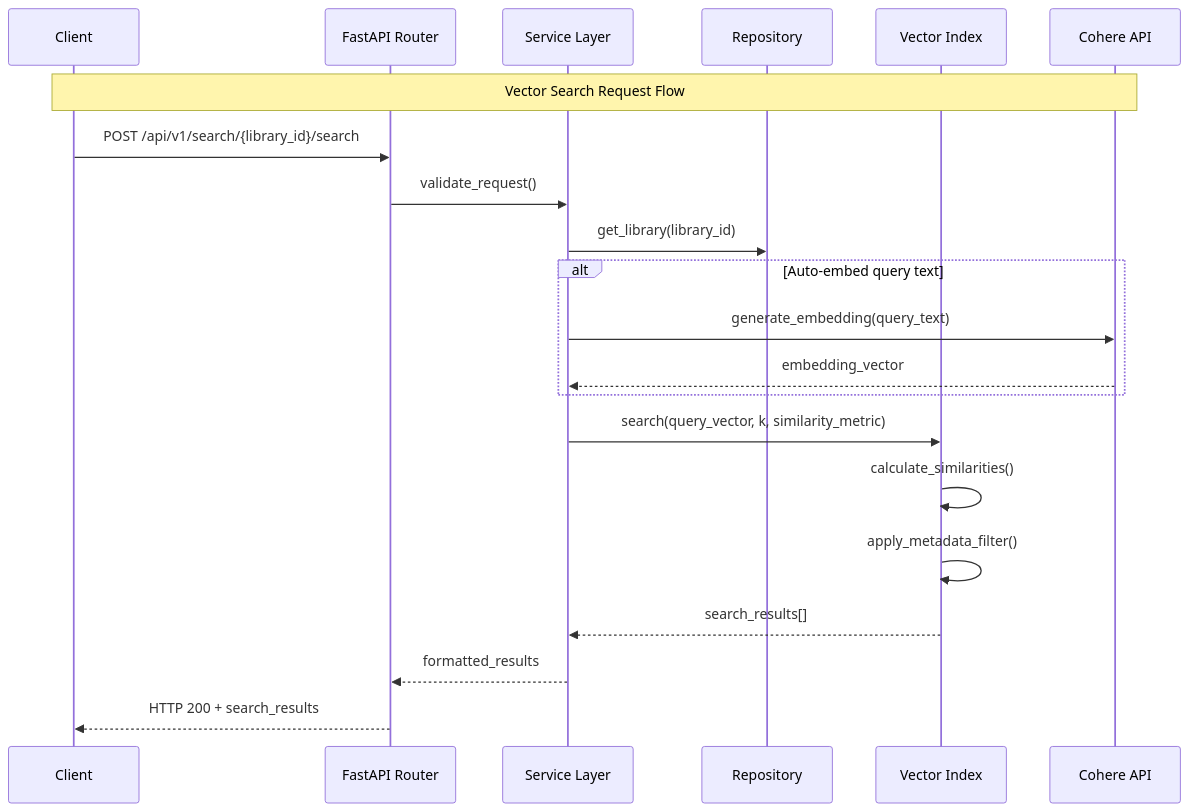
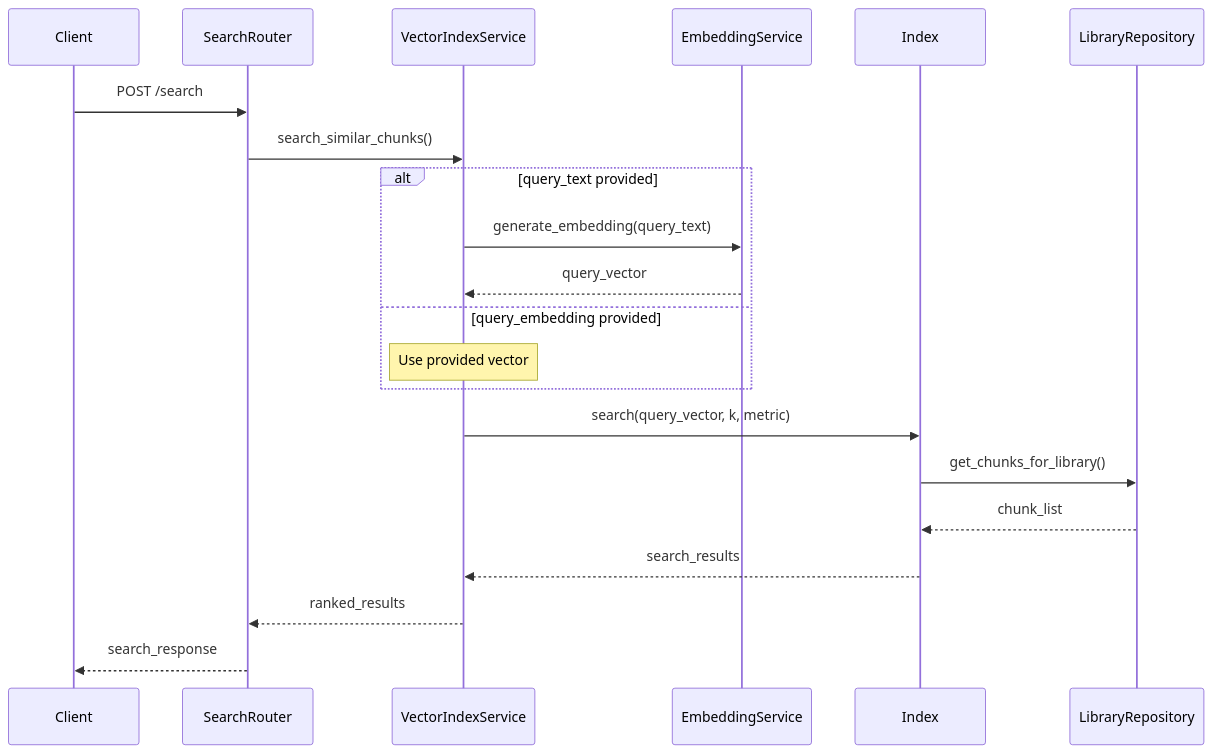
One commit to ShyamSundR/stackai-vector-db changed the third of 3 diagrams in ARCHITECTURE.md. Above: the diagram before and after it, drawn with Mermaid. The commit also changed other lines of this file and 1 other file, not shown here.

````diff
--- a/ARCHITECTURE.md
+++ b/ARCHITECTURE.md
@@ -98,28 +196,26 @@
 ```mermaid
 sequenceDiagram
     participant Client
-    participant API as FastAPI Router
-    participant Service as Service Layer
-    participant Repo as Repository
-    participant Index as Vector Index
-    participant Cohere as Cohere API
+    participant SearchRouter
+    participant VectorIndexService
+    participant EmbeddingService
+    participant Index
+    participant LibraryRepository
     
-    Note over Client,Cohere: Vector Search Request Flow
+    Client->>SearchRouter: POST /search
+    SearchRouter->>VectorIndexService: search_similar_chunks()
     
-    Client->>API: POST /api/v1/search/{library_id}/search
-    API->>Service: validate_request()
-    Service->>Repo: get_library(library_id)
-    
-    alt Auto-embed query text
-        Service->>Cohere: generate_embedding(query_text)
-        Cohere-->>Service: embedding_vector
+    alt query_text provided
+        VectorIndexService->>EmbeddingService: generate_embedding(query_text)
+        EmbeddingService-->>VectorIndexService: query_vector
+    else query_embedding provided
+        Note over VectorIndexService: Use provided vector
     end
     
-    Service->>Index: search(query_vector, k, similarity_metric)
-    Index->>Index: calculate_similarities()
-    Index->>Index: apply_metadata_filter()
-    Index-->>Service: search_results[]
-    
-    Service-->>API: formatted_results
-    API-->>Client: HTTP 200 + search_results
+    VectorIndexService->>Index: search(query_vector, k, metric)
+    Index->>LibraryRepository: get_chunks_for_library()
+    LibraryRepository-->>Index: chunk_list
+    Index-->>VectorIndexService: search_results
+    VectorIndexService-->>SearchRouter: ranked_results
+    SearchRouter-->>Client: search_response
 ```
````
